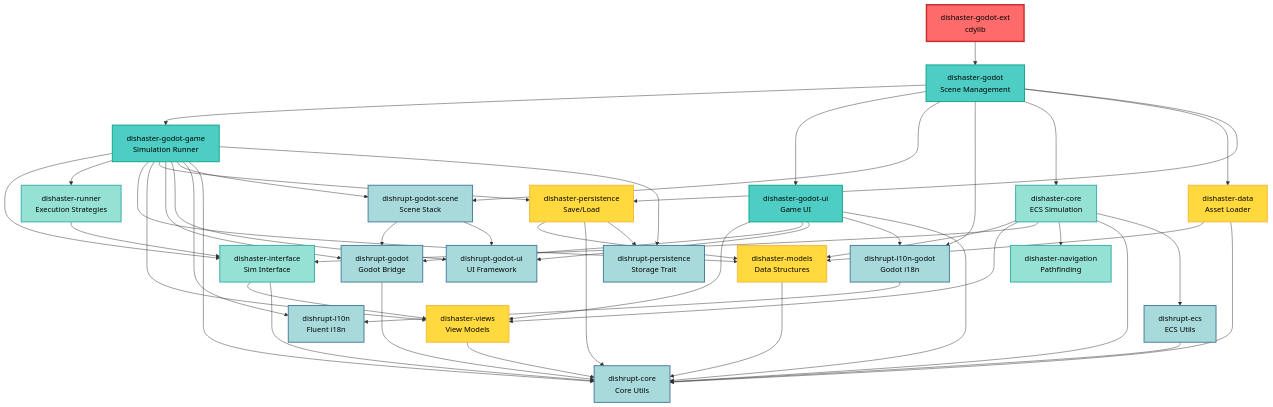
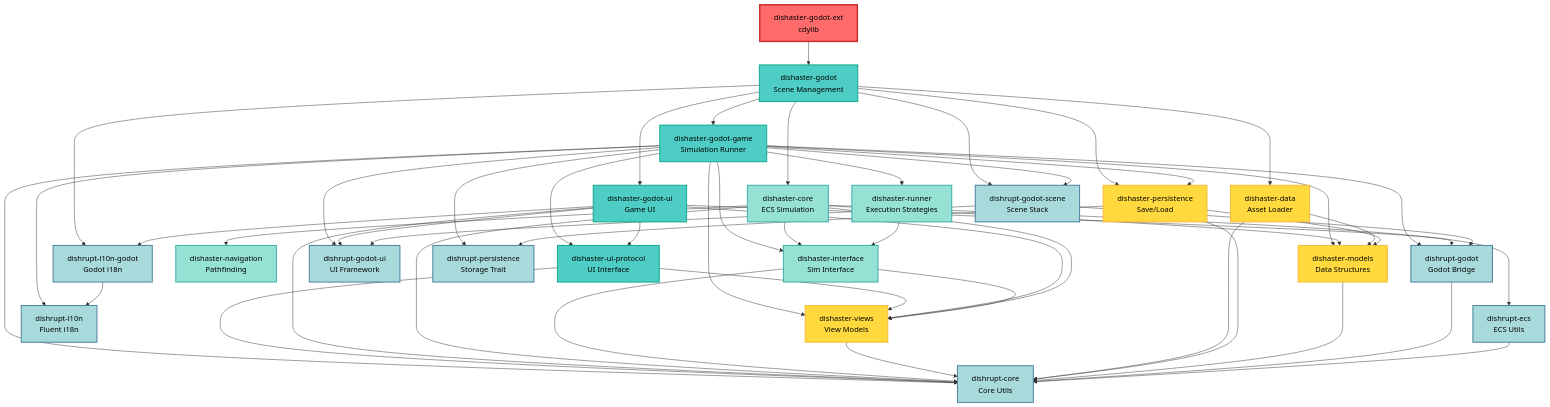
Before and after one commit to QuadnucYard/dishaster: the diagram in crates/README.md, drawn with Mermaid. The commit also changed other lines of this file and 31 other files, not shown here.

Commit message:
refactor: make `dishaster-godot-game` totally independent of ui via `dishaster-ui-protocol`

```diff
--- a/crates/README.md
+++ b/crates/README.md
@@ -253,6 +264,7 @@
     %% Presentation layer
     godot-game[dishaster-godot-game<br/>Simulation Runner]
     godot-ui[dishaster-godot-ui<br/>Game UI]
+    ui-protocol[dishaster-ui-protocol<br/>UI Interface]
 
     %% Core simulation
     core[dishaster-core<br/>ECS Simulation]
@@ -297,6 +309,7 @@
     godot-game --> runner
     godot-game --> models
     godot-game --> views
+    godot-game --> ui-protocol
     godot-game --> persist
     godot-game --> d-godot
     godot-game --> d-godot-ui
@@ -305,7 +318,11 @@
     godot-game --> d-core
     godot-game --> d-persist
 
+    ui-protocol --> views
+    ui-protocol --> d-core
+
     godot-ui --> views
+    godot-ui --> ui-protocol
     godot-ui --> d-godot
     godot-ui --> d-godot-ui
     godot-ui --> d-l10n-godot
@@ -354,7 +371,7 @@
     classDef framework fill:#a8dadc,stroke:#457b9d,stroke-width:2px,color:#000
 
     class godot-ext entry
-    class godot,godot-game,godot-ui game
+    class godot,godot-game,godot-ui,ui-protocol game
     class core,interface,runner,nav sim
     class models,views,data,persist data
     class d-core,d-ecs,d-godot,d-godot-ui,d-godot-scene,d-persist,d-l10n,d-l10n-godot framework
```
